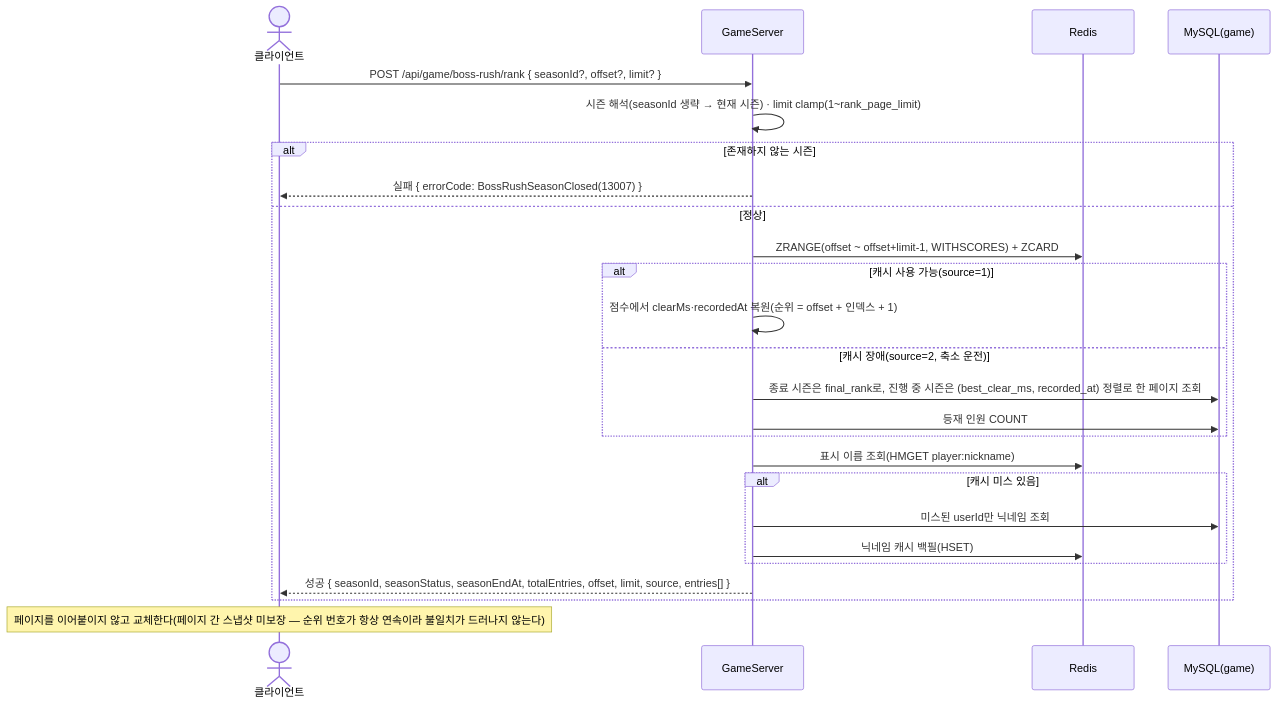
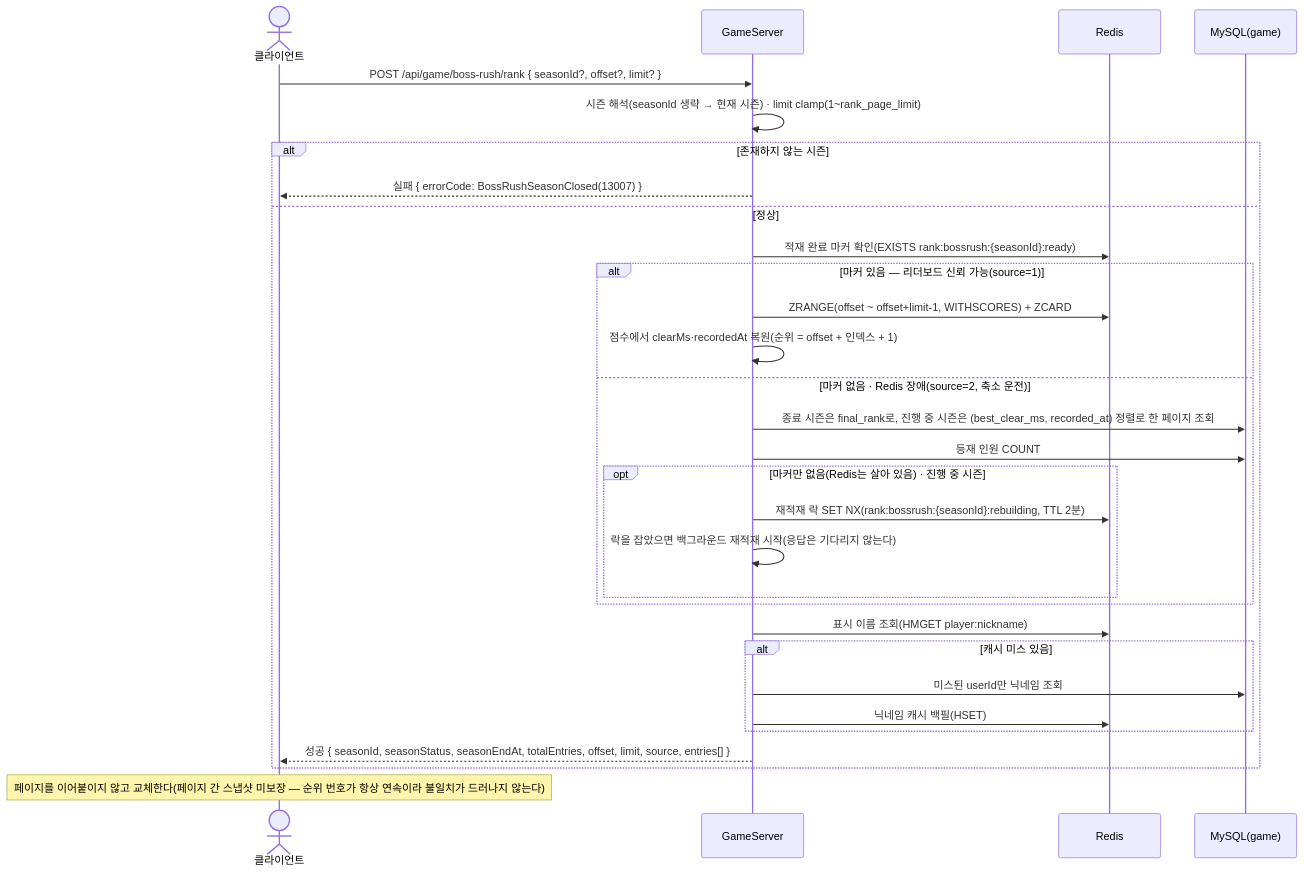
Diagram 45 of 48 in SequenceDiagram/README.md (ks-wook/com2us-taskbar-hero), drawn with Mermaid before and after one commit. The commit also changed other lines of this file and 11 other files, not shown here.

````diff
--- a/SequenceDiagram/README.md
+++ b/SequenceDiagram/README.md
@@ -1478,28 +1481,33 @@
 ```mermaid
 sequenceDiagram
     actor C as 클라이언트
     participant S as GameServer
     participant R as Redis
     participant DB as MySQL(game)
 
     C->>S: POST /api/game/boss-rush/rank { seasonId?, offset?, limit? }
     S->>S: 시즌 해석(seasonId 생략 → 현재 시즌) · limit clamp(1~rank_page_limit)
     alt 존재하지 않는 시즌
         S-->>C: 실패 { errorCode: BossRushSeasonClosed(13007) }
     else 정상
-        S->>R: ZRANGE(offset ~ offset+limit-1, WITHSCORES) + ZCARD
-        alt 캐시 사용 가능(source=1)
+        S->>R: 적재 완료 마커 확인(EXISTS rank:bossrush:{seasonId}:ready)
+        alt 마커 있음 — 리더보드 신뢰 가능(source=1)
+            S->>R: ZRANGE(offset ~ offset+limit-1, WITHSCORES) + ZCARD
             S->>S: 점수에서 clearMs·recordedAt 복원(순위 = offset + 인덱스 + 1)
-        else 캐시 장애(source=2, 축소 운전)
+        else 마커 없음 · Redis 장애(source=2, 축소 운전)
             S->>DB: 종료 시즌은 final_rank로, 진행 중 시즌은 (best_clear_ms, recorded_at) 정렬로 한 페이지 조회
             S->>DB: 등재 인원 COUNT
+            opt 마커만 없음(Redis는 살아 있음) · 진행 중 시즌
+                S->>R: 재적재 락 SET NX(rank:bossrush:{seasonId}:rebuilding, TTL 2분)
+                S->>S: 락을 잡았으면 백그라운드 재적재 시작(응답은 기다리지 않는다)
+            end
         end
         S->>R: 표시 이름 조회(HMGET player:nickname)
         alt 캐시 미스 있음
             S->>DB: 미스된 userId만 닉네임 조회
             S->>R: 닉네임 캐시 백필(HSET)
         end
         S-->>C: 성공 { seasonId, seasonStatus, seasonEndAt, totalEntries, offset, limit, source, entries[] }
     end
     Note over C: 페이지를 이어붙이지 않고 교체한다(페이지 간 스냅샷 미보장 — 순위 번호가 항상 연속이라 불일치가 드러나지 않는다)
 ```
````
